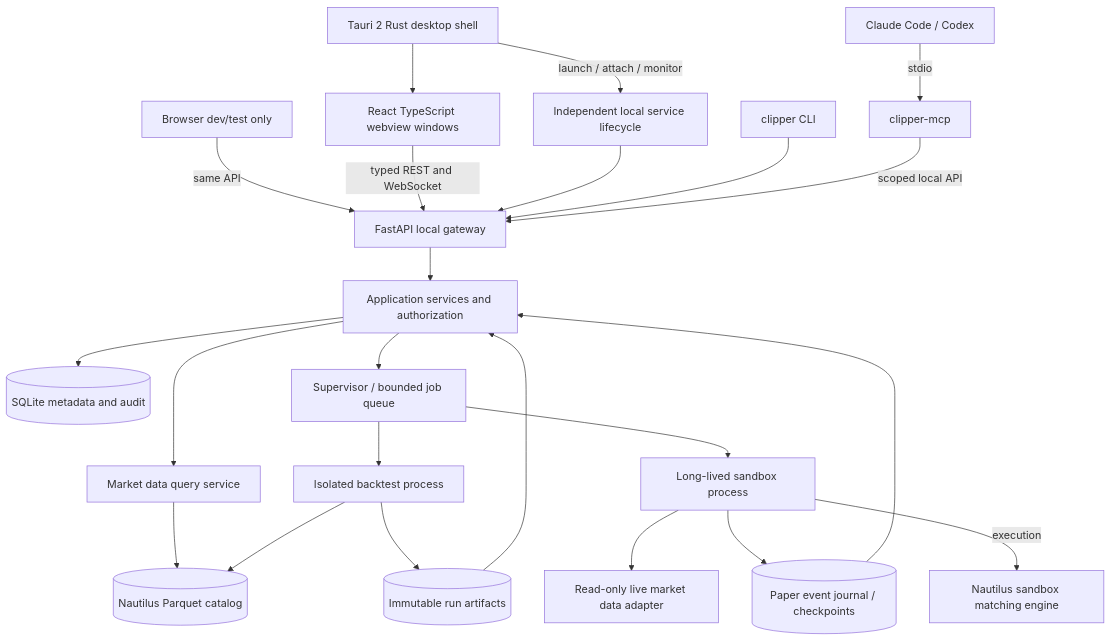
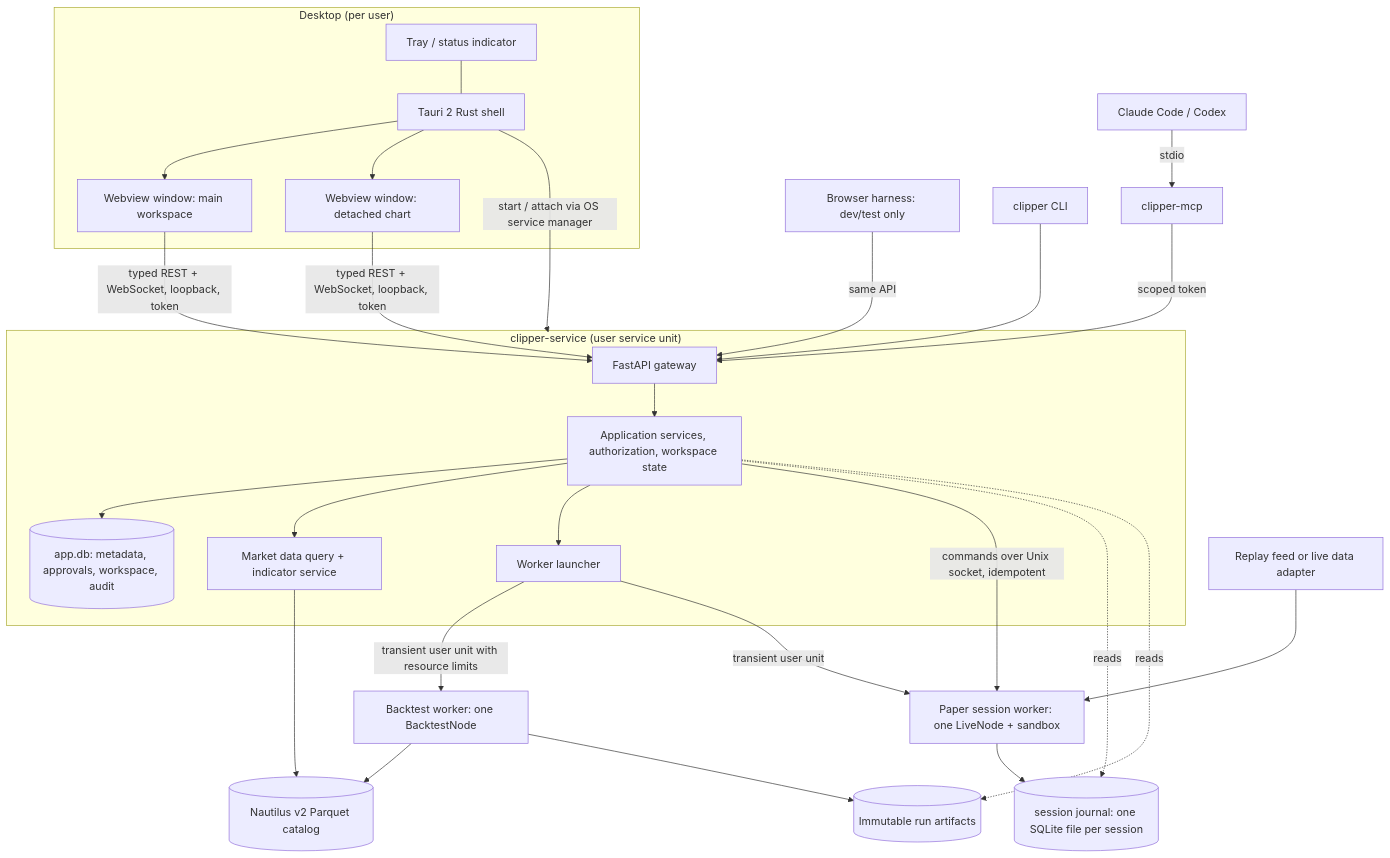
Before and after one commit to njdaniel/clipper-terminal: the first of 3 diagrams in docs/architecture/overview.md, drawn with Mermaid. The commit also changed other lines of this file and 4 other files, not shown here.

First line of the commit message:
docs: reconcile desktop-first architecture with review and decisions (#1)

````diff
--- a/docs/architecture/overview.md
+++ b/docs/architecture/overview.md
@@ -22,25 +84,29 @@
 ```mermaid
 flowchart TB
-  SHELL[Tauri 2 Rust desktop shell] -->|launch / attach / monitor| SVC[Independent local service lifecycle]
-  SHELL --> UI[React TypeScript webview windows]
-  DEV[Browser dev/test only] -->|same API| API[FastAPI local gateway]
-  UI -->|typed REST and WebSocket| API
-  SVC --> API
+  subgraph Desktop["Desktop (per user)"]
+    SHELL[Tauri 2 Rust shell] --> W1[Webview window: main workspace]
+    SHELL --> W2[Webview window: detached chart]
+    TRAY[Tray / status indicator] --- SHELL
+  end
+  SHELL -->|start / attach via OS service manager| SVC
+  W1 & W2 -->|typed REST + WebSocket, loopback, token| API
+  DEV[Browser harness: dev/test only] -->|same API| API
+  AI[Claude Code / Codex] -->|stdio| MCP[clipper-mcp]
   CLI[clipper CLI] --> API
-  AI[Claude Code / Codex] -->|stdio| MCP[clipper-mcp]
-  MCP -->|scoped local API| API
-  API --> APP[Application services and authorization]
-  APP --> DB[(SQLite metadata and audit)]
-  APP --> JOB[Supervisor / bounded job queue]
-  APP --> MD[Market data query service]
-  MD --> CAT[(Nautilus Parquet catalog)]
-  JOB --> BT[Isolated backtest process]
-  JOB --> PT[Long-lived sandbox process]
+  MCP -->|scoped token| API
+  subgraph SVC["clipper-service (user service unit)"]
+    API[FastAPI gateway] --> APP[Application services, authorization, workspace state]
+    APP --> DB[(app.db: metadata, approvals, workspace, audit)]
+    APP --> MD[Market data query + indicator service]
+    APP --> LAUNCH[Worker launcher]
+  end
+  MD --> CAT[(Nautilus v2 Parquet catalog)]
+  LAUNCH -->|transient user unit with resource limits| BT[Backtest worker: one BacktestNode]
+  LAUNCH -->|transient user unit| PW[Paper session worker: one LiveNode + sandbox]
   BT --> CAT
   BT --> ART[(Immutable run artifacts)]
-  PT --> FEED[Read-only live market data adapter]
-  PT --> EVT[(Paper event journal / checkpoints)]
-  PT -->|execution| SIM[Nautilus sandbox matching engine]
-  ART --> APP
-  EVT --> APP
+  PW --> JR[(session journal: one SQLite file per session)]
+  FEED[Replay feed or live data adapter] --> PW
+  APP -->|commands over Unix socket, idempotent| PW
+  APP -. reads .-> JR & ART
 ```
````
